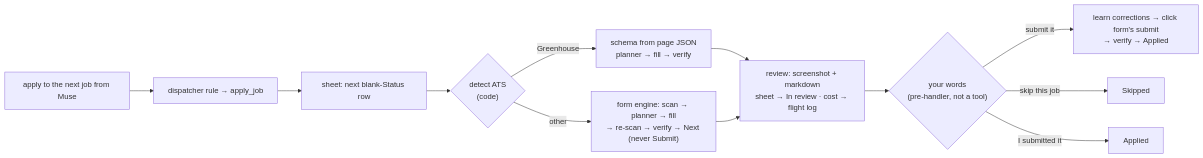
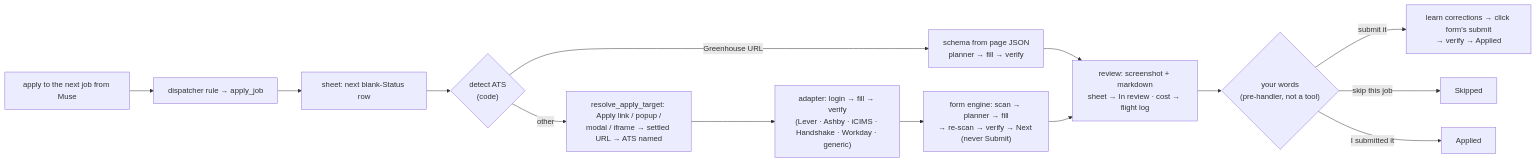
Before and after one commit to Bhanu1299/Aria: the ninth of 10 diagrams in ARCHITECTURE.md, drawn with Mermaid. The commit also changed other lines of this file and 38 other files, not shown here.

First line of the commit message:
feat: apply-link follow-through, ATS adapters, Workday login, live sheet in the dashboard

````diff
--- a/ARCHITECTURE.md
+++ b/ARCHITECTURE.md
@@ -374,13 +374,15 @@
 ```mermaid
 flowchart LR
     V["apply to the next job from Muse"] --> R["dispatcher rule → apply_job"]
     R --> S["sheet: next blank-Status row"]
     S --> D{"detect ATS<br/>(code)"}
-    D -->|Greenhouse| G["schema from page JSON<br/>planner → fill → verify"]
-    D -->|other| C["form engine: scan → planner → fill<br/>→ re-scan → verify → Next (never Submit)"]
+    D -->|Greenhouse URL| G["schema from page JSON<br/>planner → fill → verify"]
+    D -->|other| A["resolve_apply_target: Apply link / popup /<br/>modal / iframe → settled URL → ATS named"]
+    A --> P["adapter: login → fill → verify<br/>(Lever · Ashby · iCIMS · Handshake · Workday · generic)"]
+    P --> C["form engine: scan → planner → fill<br/>→ re-scan → verify → Next (never Submit)"]
     G & C --> RV["review: screenshot + markdown<br/>sheet → In review · cost → flight log"]
     RV --> U{"your words<br/>(pre-handler, not a tool)"}
     U -->|submit it| SB["learn corrections → click form's submit<br/>→ verify → Applied"]
     U -->|skip this job| SK["Skipped"]
     U -->|I submitted it| SB2["Applied"]
 ```
````
